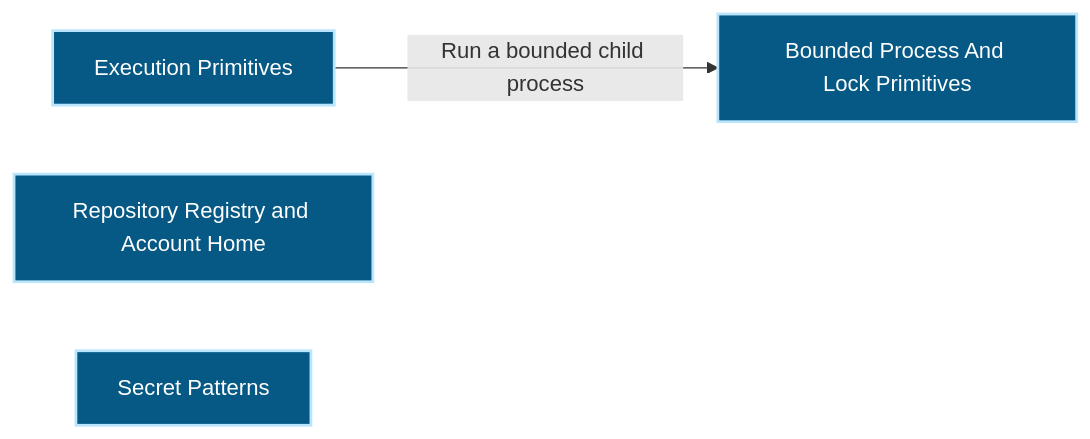
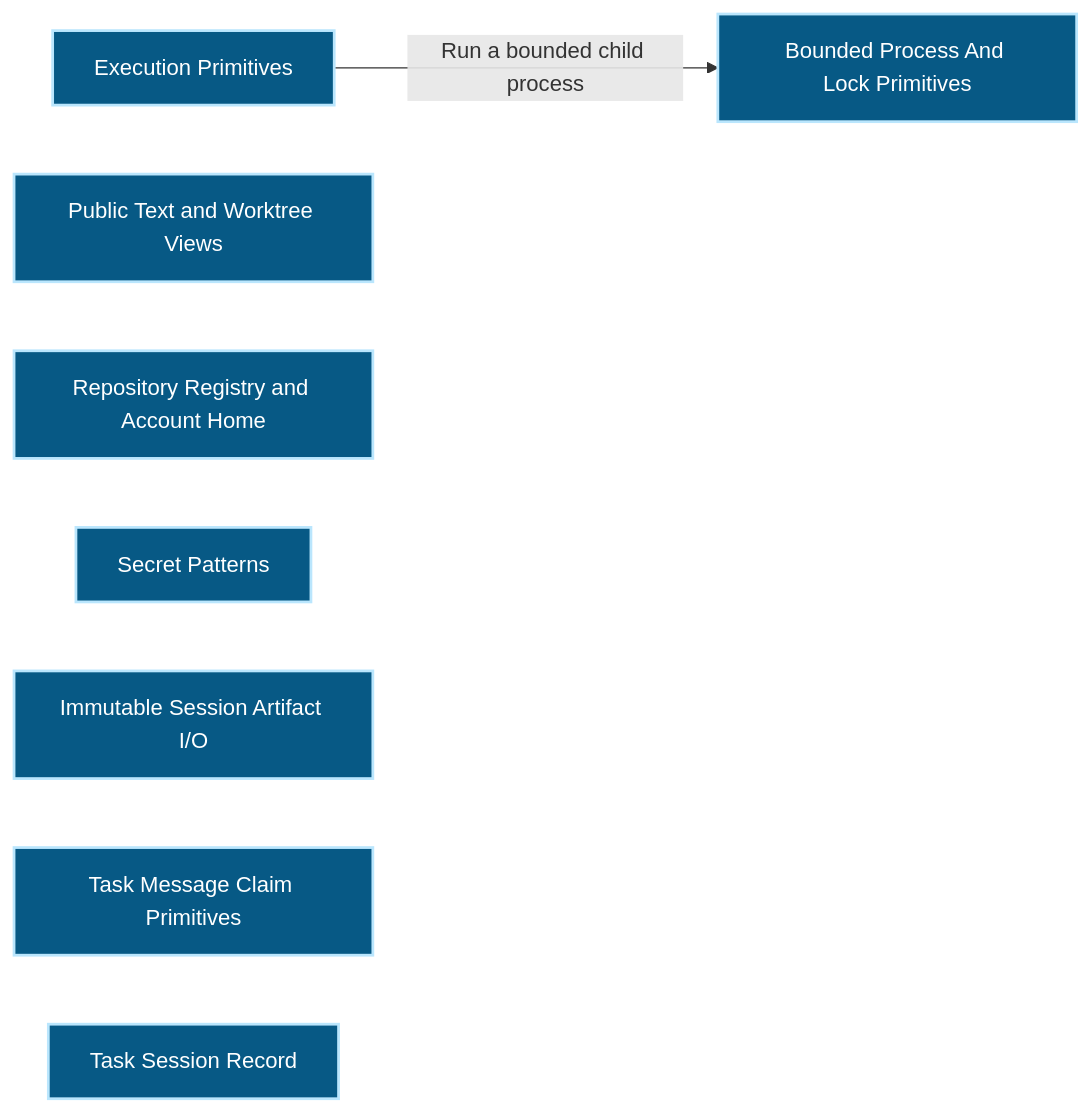
Before and after one commit to Ancienttwo/repo-harness: the first of 2 diagrams in docs/architecture/modules/workflow-engine/execution-primitives.md, drawn with Mermaid. The commit also changed other lines of this file and 20 other files, not shown here.

First line of the commit message:
chore(projection): refresh generated architecture outputs for main@a81f342c0eb6

````diff
--- a/docs/architecture/modules/workflow-engine/execution-primitives.md
+++ b/docs/architecture/modules/workflow-engine/execution-primitives.md
@@ -16,12 +16,16 @@
 ```mermaid
 flowchart LR
   p1_capability_workflow_engine_execution_primitives_b3033934["Execution Primitives"]:::component
   p1_component_execution_primitives_primary_800678c8["Bounded Process And Lock Primitives"]:::component
+  p1_component_execution_primitives_public_projections_1287b1f9["Public Text and Worktree Views"]:::component
   p1_component_execution_primitives_repository_registry_49e2fbe9["Repository Registry and Account Home"]:::component
   p1_component_execution_primitives_secret_patterns_075f309a["Secret Patterns"]:::component
+  p1_component_execution_primitives_session_artifact_io_f1f01a74["Immutable Session Artifact I/O"]:::component
+  p1_component_execution_primitives_task_message_claim_dbe6af55["Task Message Claim Primitives"]:::component
+  p1_component_execution_primitives_task_session_record_e7a96008["Task Session Record"]:::component
   p1_capability_workflow_engine_execution_primitives_b3033934 -->|"Run a bounded child process"| p1_component_execution_primitives_primary_800678c8
   classDef actor fill:#111827,color:#ffffff,stroke:#f9fafb,stroke-width:2px
   classDef component fill:#075985,color:#ffffff,stroke:#bae6fd,stroke-width:2px
   classDef datastore fill:#3f6212,color:#ffffff,stroke:#d9f99d,stroke-width:2px
   classDef external fill:#7c2d12,color:#ffffff,stroke:#fed7aa,stroke-width:2px
 ```
````
